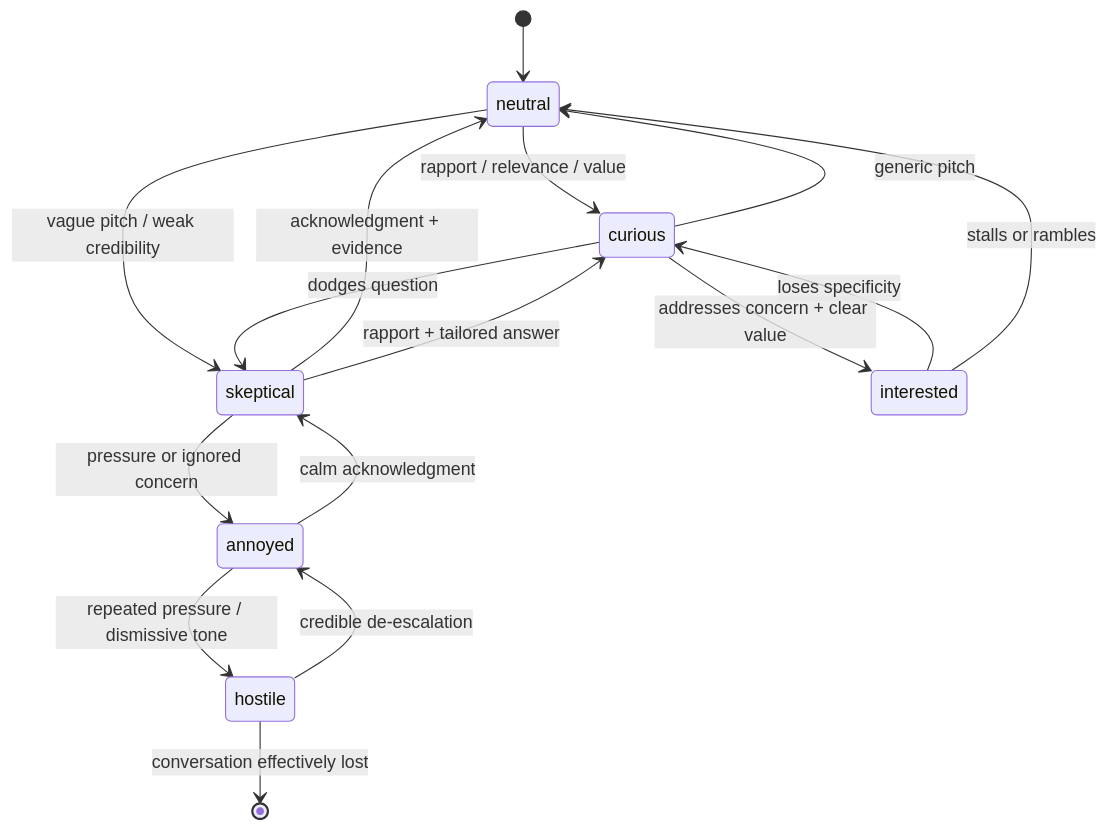
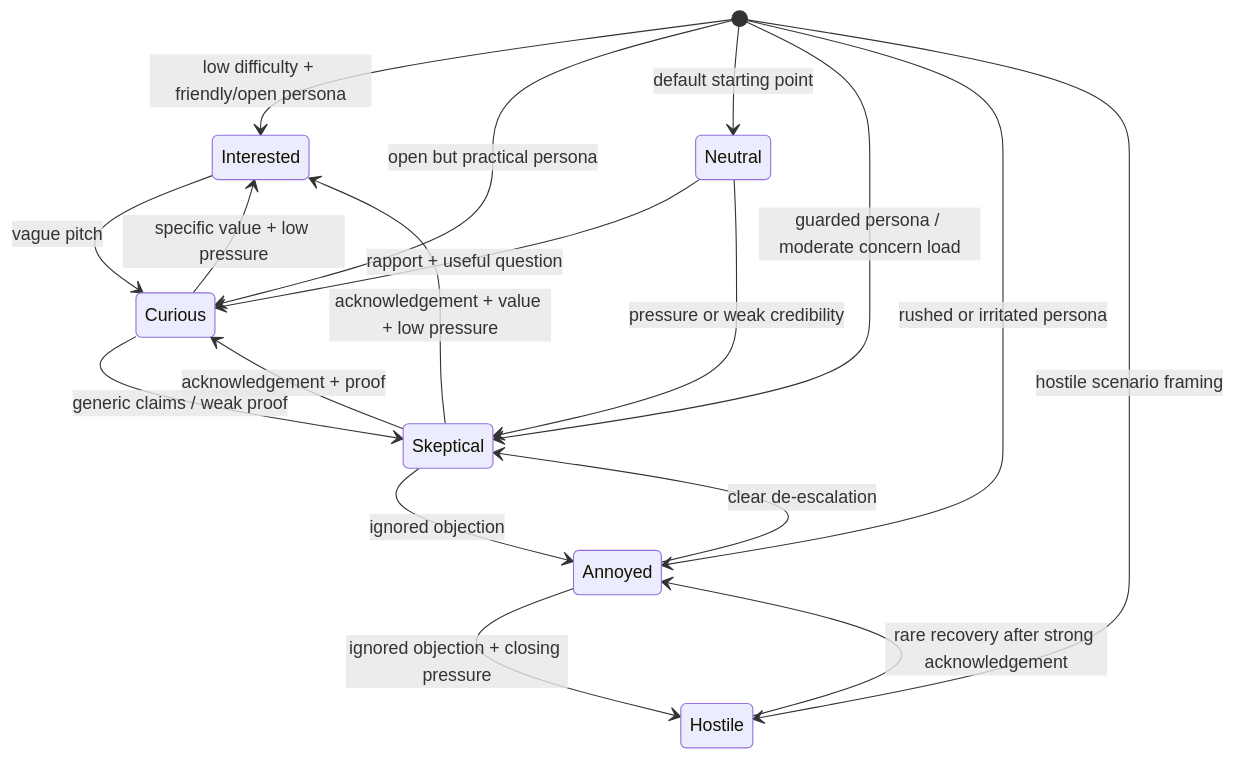
One commit to calelamb/doordrill changed the diagram in EMOTION_SIMULATION_ENGINE.md. Above: the diagram before and after it, drawn with Mermaid. The commit also changed other lines of this file and 13 other files, not shown here.

````diff
--- a/EMOTION_SIMULATION_ENGINE.md
+++ b/EMOTION_SIMULATION_ENGINE.md
@@ -37,23 +9,21 @@
 ```mermaid
 stateDiagram-v2
-    [*] --> neutral
-    neutral --> curious: rapport / relevance / value
-    neutral --> skeptical: vague pitch / weak credibility
+    [*] --> Interested: low difficulty + friendly/open persona
+    [*] --> Curious: open but practical persona
+    [*] --> Neutral: default starting point
+    [*] --> Skeptical: guarded persona / moderate concern load
+    [*] --> Annoyed: rushed or irritated persona
+    [*] --> Hostile: hostile scenario framing
 
-    curious --> interested: addresses concern + clear value
-    curious --> neutral: generic pitch
-    curious --> skeptical: dodges question
-
-    interested --> curious: loses specificity
-    interested --> neutral: stalls or rambles
-
-    skeptical --> neutral: acknowledgment + evidence
-    skeptical --> curious: rapport + tailored answer
-    skeptical --> annoyed: pressure or ignored concern
-
-    annoyed --> skeptical: calm acknowledgment
-    annoyed --> hostile: repeated pressure / dismissive tone
-
-    hostile --> annoyed: credible de-escalation
-    hostile --> [*]: conversation effectively lost
+    Interested --> Curious: vague pitch
+    Curious --> Interested: specific value + low pressure
+    Curious --> Skeptical: generic claims / weak proof
+    Neutral --> Curious: rapport + useful question
+    Neutral --> Skeptical: pressure or weak credibility
+    Skeptical --> Curious: acknowledgement + proof
+    Skeptical --> Interested: acknowledgement + value + low pressure
+    Skeptical --> Annoyed: ignored objection
+    Annoyed --> Skeptical: clear de-escalation
+    Annoyed --> Hostile: ignored objection + closing pressure
+    Hostile --> Annoyed: rare recovery after strong acknowledgement
 ```
````
